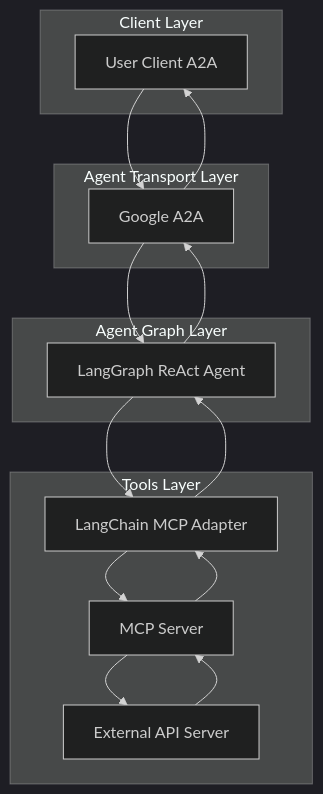
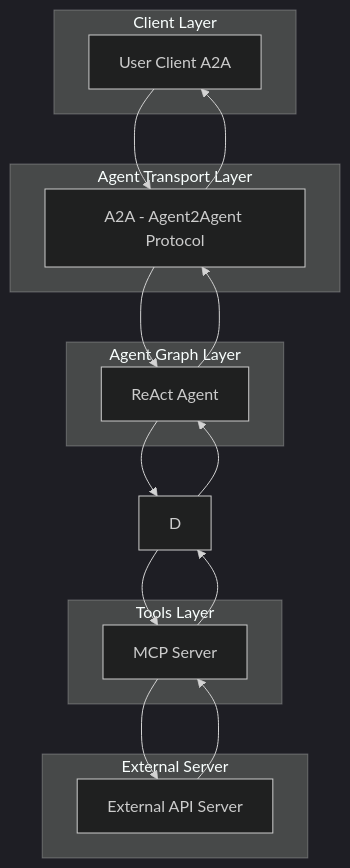
Before and after one commit to tensai828/ai-driven-platform-operations: the diagram in docs/docs/agents/README.md, drawn with Mermaid (dark theme). The commit also changed other lines of this file and 14 other files, not shown here.

First line of the commit message:
docs: update agent documentation and add architecture content

````diff
--- a/docs/docs/agents/README.md
+++ b/docs/docs/agents/README.md
@@ -30,20 +32,21 @@
 ```mermaid
 flowchart TD
   subgraph Client Layer
     A[User Client A2A]
   end
   subgraph Agent Transport Layer
-    B[Google A2A]
+    B[A2A - Agent2Agent Protocol]
   end
   subgraph Agent Graph Layer
-    C[LangGraph ReAct Agent]
+    C[ReAct Agent]
   end
   subgraph Tools Layer
-    D[LangChain MCP Adapter]
     E[MCP Server]
-    F[External API Server]
+  end
+  subgraph External Server
+      F[External API Server]
   end
 
   A --> B --> C --> D --> E --> F
   F --> E --> D --> C --> B --> A
 ```
````
